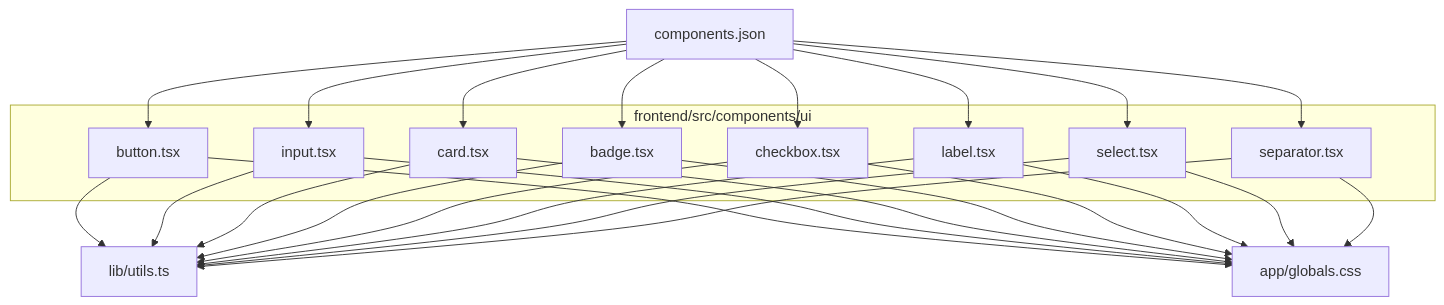
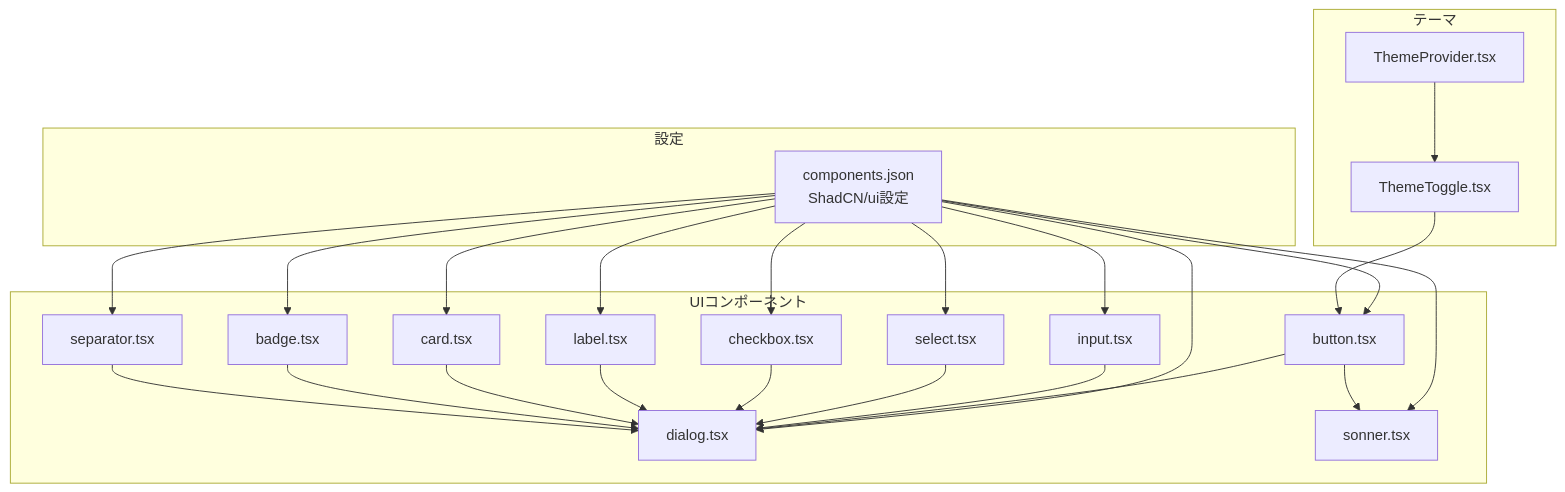
One commit to ss8806/Todos changed the first of 10 diagrams in .qoder/repowiki/ja/content/フロントエンドアーキテクチャ/UIコンポーネント.md. Above: the diagram before and after it, drawn with Mermaid. The commit also changed other lines of this file and 106 other files, not shown here.

````diff
--- a/.qoder/repowiki/ja/content/フロントエンドアーキテクチャ/UIコンポーネント.md
+++ b/.qoder/repowiki/ja/content/フロントエンドアーキテクチャ/UIコンポーネント.md
@@ -40,40 +47,43 @@
 ```mermaid
 graph TB
-subgraph "frontend/src/components/ui"
+subgraph "設定"
+CJSON["components.json<br/>ShadCN/ui設定"]
+end
+subgraph "テーマ"
+TP["ThemeProvider.tsx"]
+TT["ThemeToggle.tsx"]
+end
+subgraph "UIコンポーネント"
 BTN["button.tsx"]
 INP["input.tsx"]
+CHK["checkbox.tsx"]
+LBL["label.tsx"]
+SEL["select.tsx"]
 CARD["card.tsx"]
-BADGE["badge.tsx"]
-CHECK["checkbox.tsx"]
-LABEL["label.tsx"]
-SEL["select.tsx"]
+BAD["badge.tsx"]
 SEP["separator.tsx"]
+DLG["dialog.tsx"]
+SON["sonner.tsx"]
 end
-UTIL["lib/utils.ts"]
-CSS["app/globals.css"]
-CFG["components.json"]
-BTN --> UTIL
-INP --> UTIL
-CARD --> UTIL
-BADGE --> UTIL
-CHECK --> UTIL
-LABEL --> UTIL
-SEL --> UTIL
-SEP --> UTIL
-BTN --> CSS
-INP --> CSS
-CARD --> CSS
-BADGE --> CSS
-CHECK --> CSS
-LABEL --> CSS
-SEL --> CSS
-SEP --> CSS
-CFG --> BTN
-CFG --> INP
-CFG --> CARD
-CFG --> BADGE
-CFG --> CHECK
-CFG --> LABEL
-CFG --> SEL
-CFG --> SEP
+CJSON --> BTN
+CJSON --> INP
+CJSON --> CHK
+CJSON --> LBL
+CJSON --> SEL
+CJSON --> CARD
+CJSON --> BAD
+CJSON --> SEP
+CJSON --> DLG
+CJSON --> SON
+TP --> TT
+TT --> BTN
+BTN --> DLG
+BTN --> SON
+INP --> DLG
+SEL --> DLG
+CHK --> DLG
+LBL --> DLG
+CARD --> DLG
+BAD --> DLG
+SEP --> DLG
 ```
````
